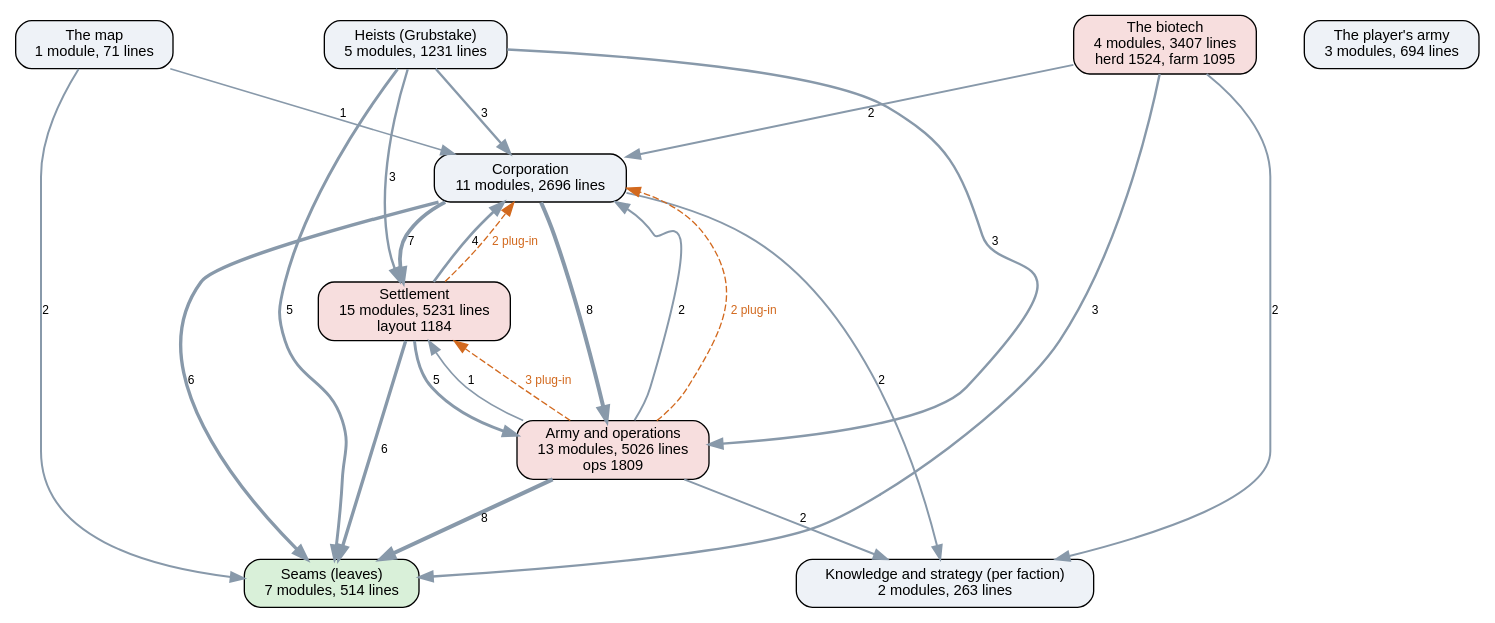
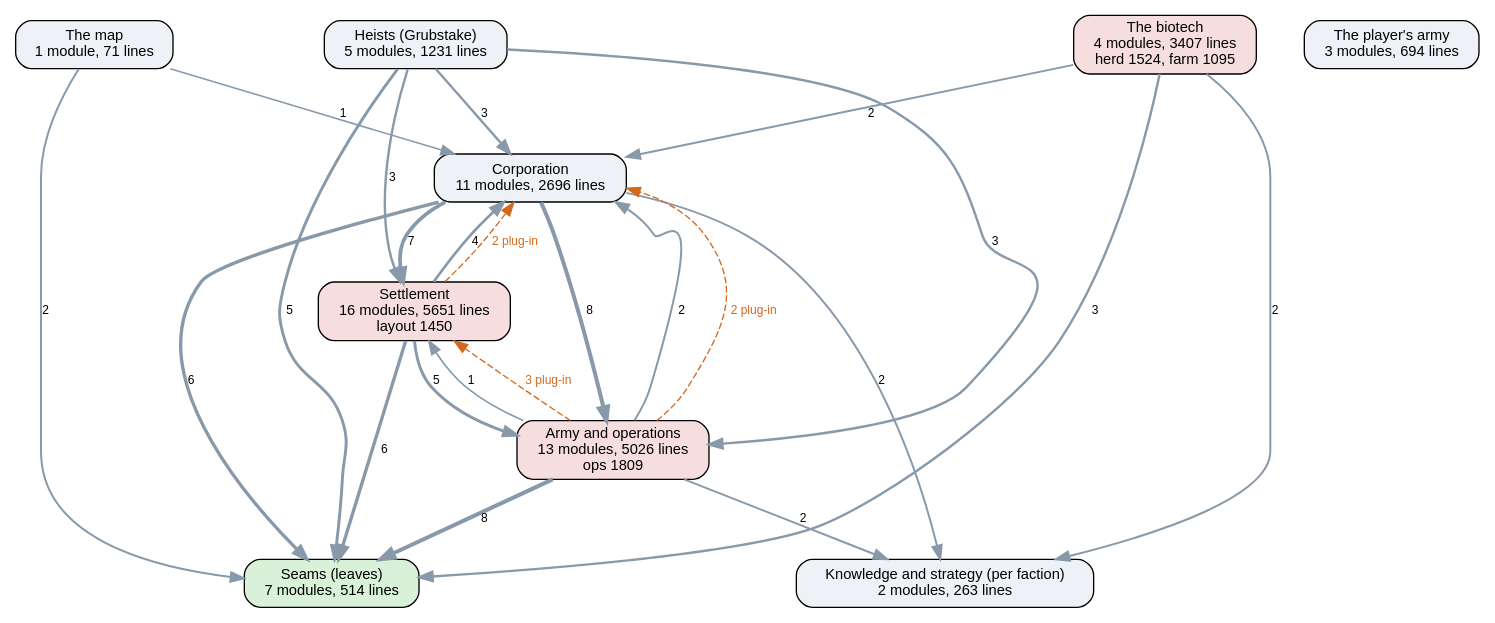
The diagram in docs/ai-layers.dot (kinelhu/landing-party), drawn with Graphviz before and after one commit. The commit also changed 14 other files, not shown here.

```diff
--- a/docs/ai-layers.dot
+++ b/docs/ai-layers.dot
@@ -1,37 +1,37 @@
 digraph layers {
   graph [rankdir=TB, fontname="Helvetica", nodesep=0.5, ranksep=0.7];
   node [shape=box, style="rounded,filled", fontname="Helvetica", fontsize=11, fillcolor="#eef2f7"];
   edge [color="#8899aa", fontname="Helvetica", fontsize=9];
   "Seams (leaves)" [label="Seams (leaves)\n7 modules, 514 lines", fillcolor="#d9f0d9"];
   "Knowledge and strategy (per faction)" [label="Knowledge and strategy (per faction)\n2 modules, 263 lines", fillcolor="#eef2f7"];
   "Corporation" [label="Corporation\n11 modules, 2696 lines", fillcolor="#eef2f7"];
-  "Settlement" [label="Settlement\n15 modules, 5231 lines\nlayout 1184", fillcolor="#f7dede"];
+  "Settlement" [label="Settlement\n16 modules, 5651 lines\nlayout 1450", fillcolor="#f7dede"];
   "Army and operations" [label="Army and operations\n13 modules, 5026 lines\nops 1809", fillcolor="#f7dede"];
   "Heists (Grubstake)" [label="Heists (Grubstake)\n5 modules, 1231 lines", fillcolor="#eef2f7"];
   "The biotech" [label="The biotech\n4 modules, 3407 lines\nherd 1524, farm 1095", fillcolor="#f7dede"];
   "The map" [label="The map\n1 module, 71 lines", fillcolor="#eef2f7"];
   "The player's army" [label="The player's army\n3 modules, 694 lines", fillcolor="#eef2f7"];
   "Army and operations" -> "Corporation" [label="2", penwidth=1.5];
   "Army and operations" -> "Knowledge and strategy (per faction)" [label="2", penwidth=1.5];
   "Army and operations" -> "Seams (leaves)" [label="8", penwidth=3.0];
   "Army and operations" -> "Settlement" [label="1", penwidth=1.2];
   "Corporation" -> "Army and operations" [label="8", penwidth=3.0];
   "Corporation" -> "Knowledge and strategy (per faction)" [label="2", penwidth=1.5];
   "Corporation" -> "Seams (leaves)" [label="6", penwidth=2.5];
   "Corporation" -> "Settlement" [label="7", penwidth=2.8];
   "Heists (Grubstake)" -> "Army and operations" [label="3", penwidth=1.8];
   "Heists (Grubstake)" -> "Corporation" [label="3", penwidth=1.8];
   "Heists (Grubstake)" -> "Seams (leaves)" [label="5", penwidth=2.2];
   "Heists (Grubstake)" -> "Settlement" [label="3", penwidth=1.8];
   "Settlement" -> "Army and operations" [label="5", penwidth=2.2];
   "Settlement" -> "Corporation" [label="4", penwidth=2.0];
   "Settlement" -> "Seams (leaves)" [label="6", penwidth=2.5];
   "The biotech" -> "Corporation" [label="2", penwidth=1.5];
   "The biotech" -> "Knowledge and strategy (per faction)" [label="2", penwidth=1.5];
   "The biotech" -> "Seams (leaves)" [label="3", penwidth=1.8];
   "The map" -> "Corporation" [label="1", penwidth=1.2];
   "The map" -> "Seams (leaves)" [label="2", penwidth=1.5];
   "Army and operations" -> "Corporation" [style=dashed, color="#d2691e", fontcolor="#d2691e", label="2 plug-in"];
   "Army and operations" -> "Settlement" [style=dashed, color="#d2691e", fontcolor="#d2691e", label="3 plug-in"];
   "Settlement" -> "Corporation" [style=dashed, color="#d2691e", fontcolor="#d2691e", label="2 plug-in"];
 }
```
